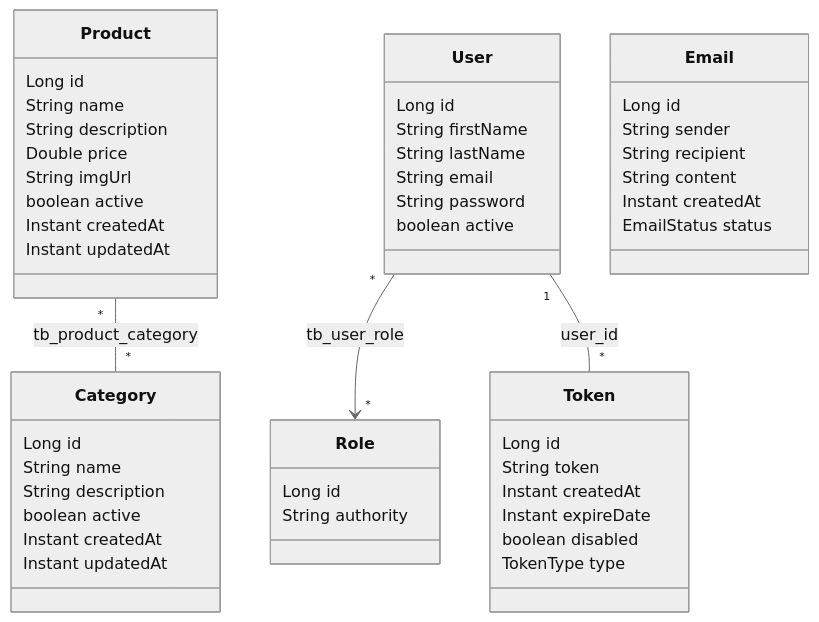
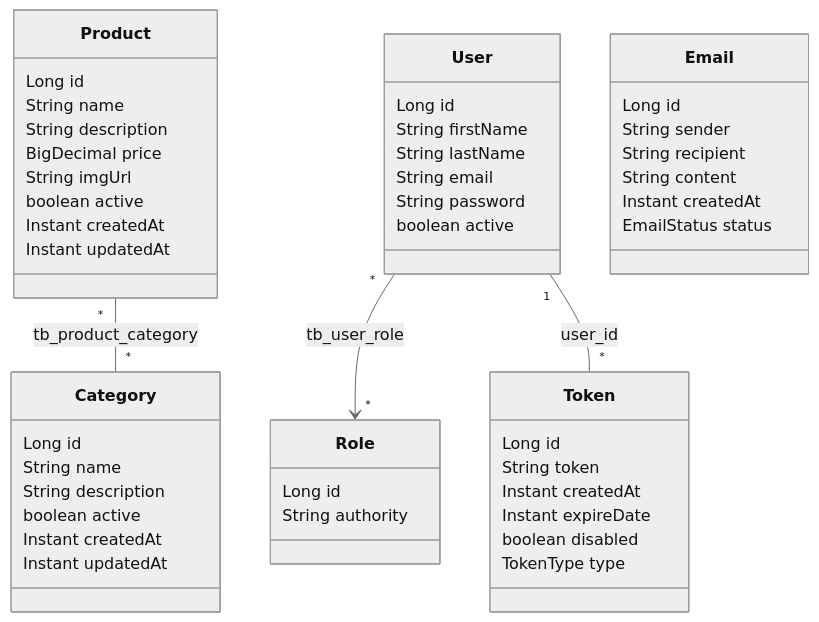
One commit to Albertinesilva/backend-engineering-journey-java-springboot changed the diagram in docs/guides/DOMAIN-MODEL.md. Above: the diagram before and after it, drawn with Mermaid (neutral theme). The commit also changed other lines of this file and 13 other files, not shown here.

Commit message:
fix(product): usa BigDecimal e torna price obrigatorio

````diff
--- a/docs/guides/DOMAIN-MODEL.md
+++ b/docs/guides/DOMAIN-MODEL.md
@@ -39,52 +39,52 @@
 ```mermaid
 classDiagram
     class Category {
         Long id
         String name
         String description
         boolean active
         Instant createdAt
         Instant updatedAt
     }
     class Product {
         Long id
         String name
         String description
-        Double price
+        BigDecimal price
         String imgUrl
         boolean active
         Instant createdAt
         Instant updatedAt
     }
     class User {
         Long id
         String firstName
         String lastName
         String email
         String password
         boolean active
     }
     class Role {
         Long id
         String authority
     }
     class Token {
         Long id
         String token
         Instant createdAt
         Instant expireDate
         boolean disabled
         TokenType type
     }
     class Email {
         Long id
         String sender
         String recipient
         String content
         Instant createdAt
         EmailStatus status
     }
     Product "*" -- "*" Category : tb_product_category
     User "*" --> "*" Role : tb_user_role
     User "1" -- "*" Token : user_id
 ```
````
